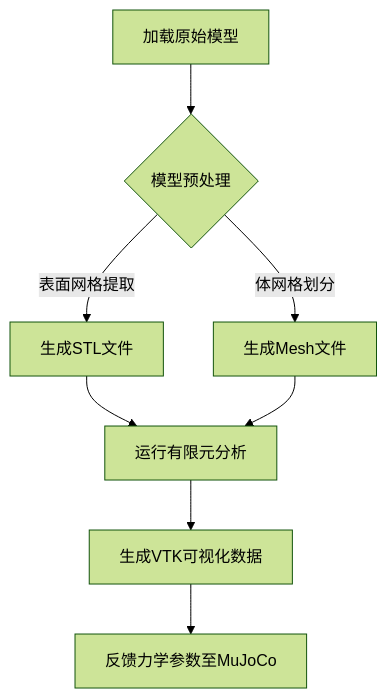
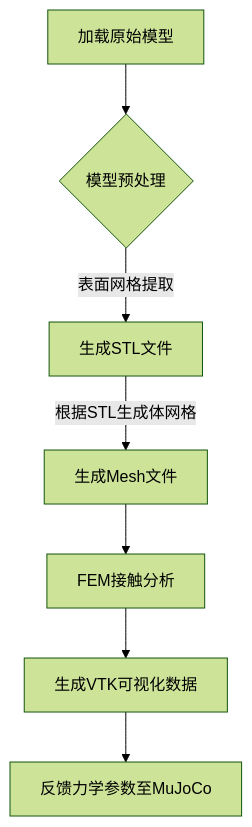
The diagram in README.md (BryantFeng0629/MujocoFEM_Contact), drawn with Mermaid (forest theme) before and after one commit.

````diff
--- a/README.md
+++ b/README.md
@@ -32,9 +32,9 @@
 ```mermaid
 graph TD
     A[加载原始模型] --> B{模型预处理}
     B -->|表面网格提取| C[生成STL文件]
-    B -->|体网格划分| D[生成Mesh文件]
-    C & D --> E[运行有限元分析]
+    C -->|根据STL生成体网格| D[生成Mesh文件]
+    D --> E[FEM接触分析]
     E --> F[生成VTK可视化数据]
     F --> G[反馈力学参数至MuJoCo]
 ```
````
